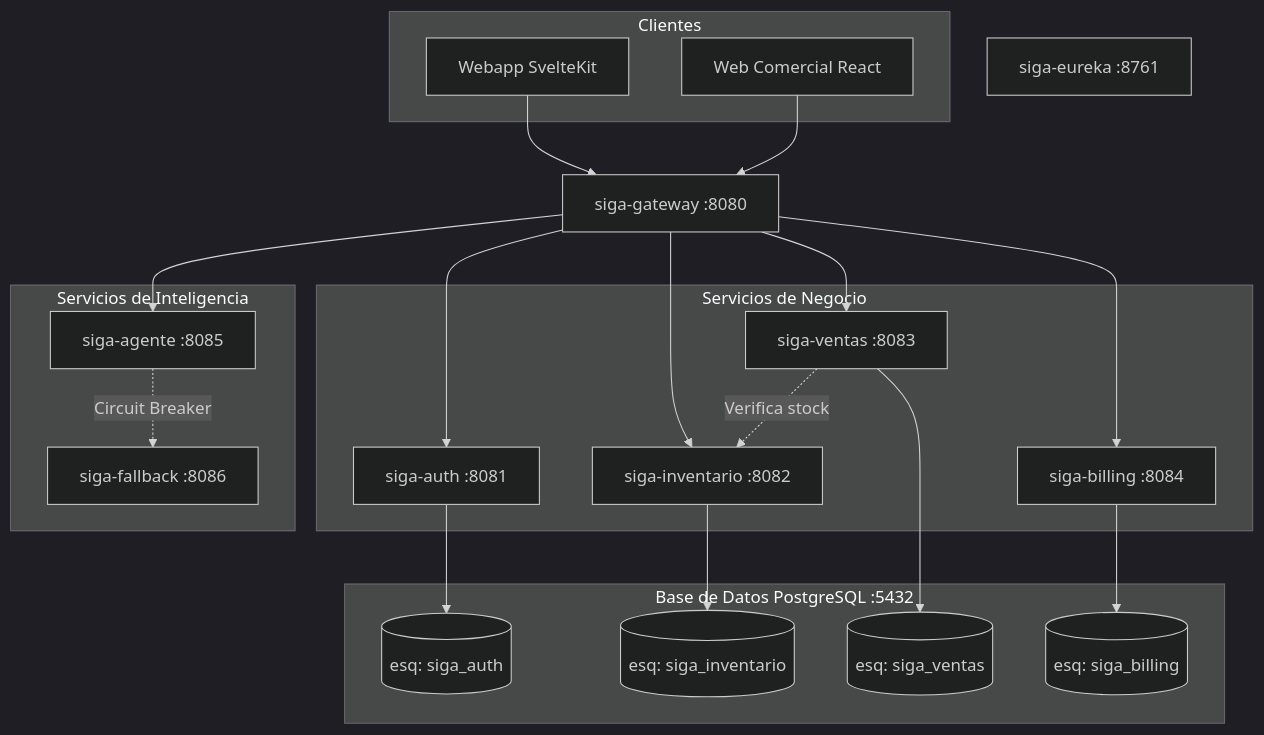
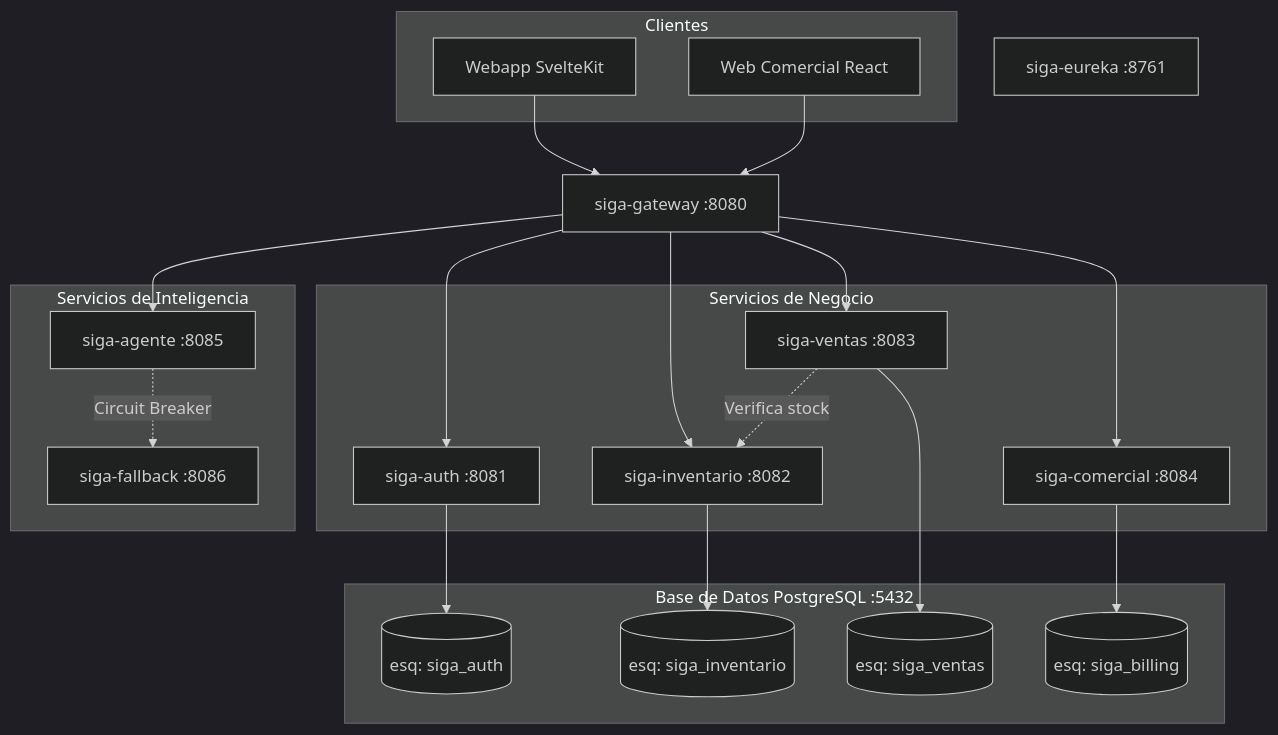
Before and after one commit to HecAguilaV/SIGA: the first of 7 diagrams in openspec/changes/migracion-microservicios/architecture-diagrams.md, drawn with Mermaid (dark theme). The commit also changed other lines of this file and 114 other files, not shown here.

````diff
--- a/openspec/changes/migracion-microservicios/architecture-diagrams.md
+++ b/openspec/changes/migracion-microservicios/architecture-diagrams.md
@@ -10,44 +10,44 @@
 ```mermaid
 graph TD
     subgraph Clientes
         W1["Webapp SvelteKit"]
         W2["Web Comercial React"]
     end
 
     GW["siga-gateway :8080"]
 
     subgraph Negocio["Servicios de Negocio"]
         AU["siga-auth :8081"]
         IN["siga-inventario :8082"]
         VE["siga-ventas :8083"]
-        BI["siga-billing :8084"]
+        BI["siga-comercial :8084"]
     end
 
     subgraph IA["Servicios de Inteligencia"]
         AG["siga-agente :8085"]
         FB["siga-fallback :8086"]
     end
 
     subgraph DB["Base de Datos PostgreSQL :5432"]
         SCH_AU[("esq: siga_auth")]
         SCH_IN[("esq: siga_inventario")]
         SCH_VE[("esq: siga_ventas")]
         SCH_BI[("esq: siga_billing")]
     end
     
     EU["siga-eureka :8761"]
 
     W1 --> GW
     W2 --> GW
     GW --> AU
     GW --> IN
     GW --> VE
     GW --> BI
     GW --> AG
     AG -.->|Circuit Breaker| FB
     VE -.->|Verifica stock| IN
     AU --> SCH_AU
     IN --> SCH_IN
     VE --> SCH_VE
     BI --> SCH_BI
 ```
````
